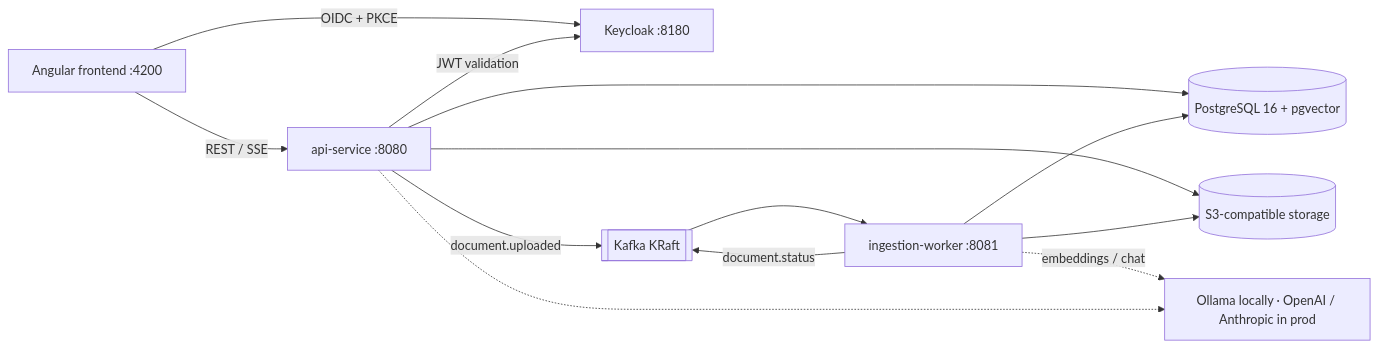
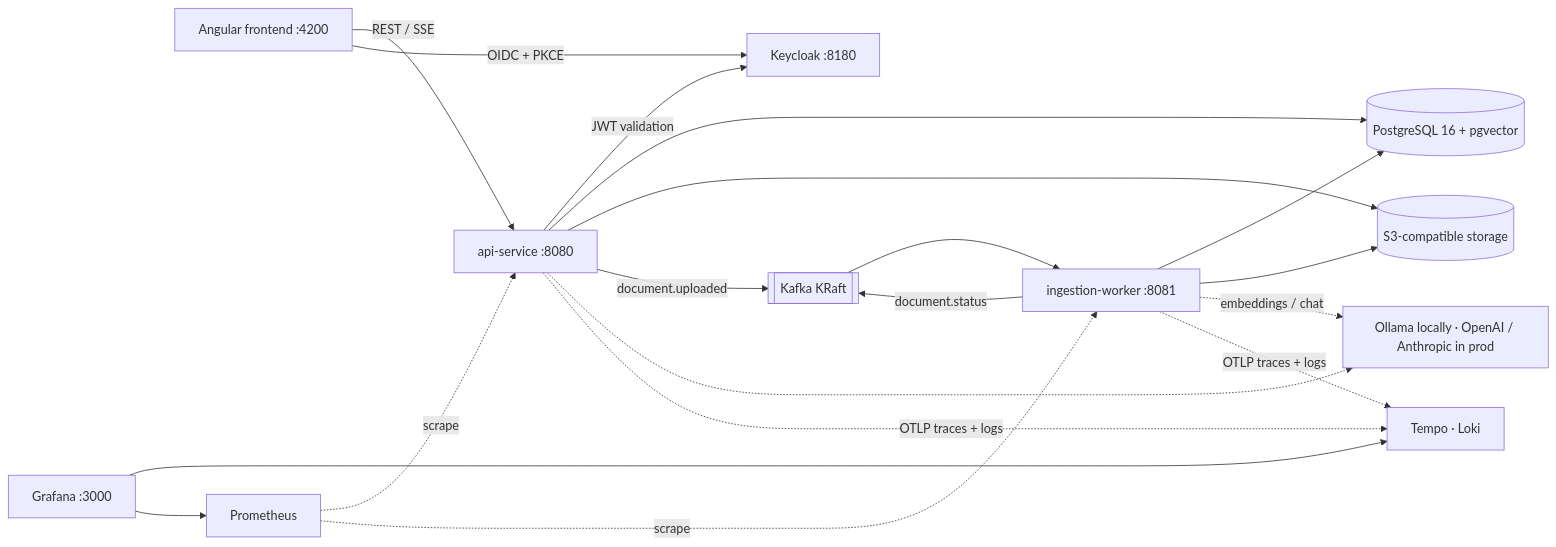
The first of 3 diagrams in README.md (HatKass/docquery), drawn with Mermaid before and after one commit. The commit also changed other lines of this file and 48 other files, not shown here.

First line of the commit message:
Phase 7: observability — traces across outbox and Kafka, metrics, JSON logs, Grafana

````diff
--- a/README.md
+++ b/README.md
@@ -11,15 +11,18 @@
 ```mermaid
 flowchart LR
   UI[Angular frontend :4200] -->|REST / SSE| API[api-service :8080]
   UI -->|OIDC + PKCE| KC[Keycloak :8180]
   API -->|JWT validation| KC
   API --> PG[(PostgreSQL 16 + pgvector)]
   API --> S3[(S3-compatible storage)]
   API -->|document.uploaded| K[[Kafka KRaft]]
   K --> W[ingestion-worker :8081]
   W -->|document.status| K
   W --> PG
   W --> S3
   W -.->|embeddings / chat| LLM[Ollama locally · OpenAI / Anthropic in prod]
   API -.-> LLM
+  API & W -.->|OTLP traces + logs| OBS[Tempo · Loki]
+  PR[Prometheus] -.->|scrape| API & W
+  GF[Grafana :3000] --> OBS & PR
 ```
````
